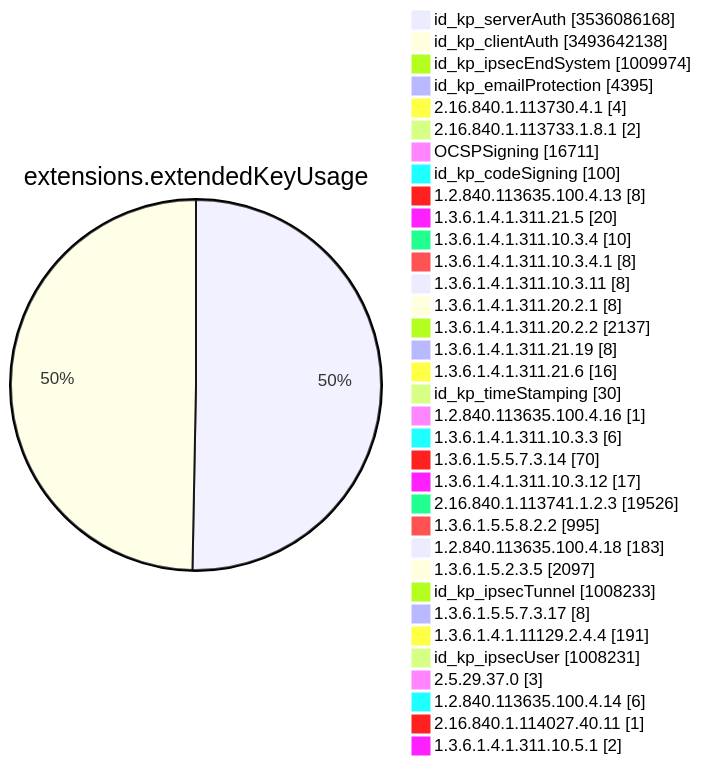
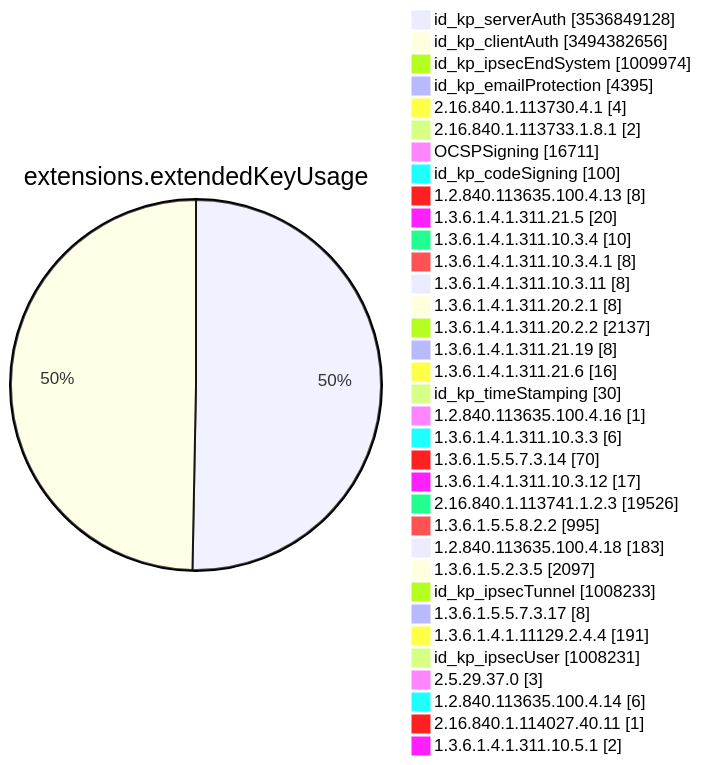
Diagram 11 of 15 in TOTAL/README.md (christiankrug/ctmonitor_visualization), drawn with Mermaid before and after one commit. The commit also changed other lines of this file, not shown here.

````diff
--- a/TOTAL/README.md
+++ b/TOTAL/README.md
@@ -4127,38 +4127,38 @@
 ```mermaid
 pie showData
 title extensions.extendedKeyUsage
-"id_kp_serverAuth" :3536086168
-"id_kp_clientAuth" :3493642138
+"id_kp_serverAuth" :3536849128
+"id_kp_clientAuth" :3494382656
 "id_kp_ipsecEndSystem" :1009974
 "id_kp_emailProtection" :4395
 "2.16.840.1.113730.4.1" :4
 "2.16.840.1.113733.1.8.1" :2
 "OCSPSigning" :16711
 "id_kp_codeSigning" :100
 "1.2.840.113635.100.4.13" :8
 "1.3.6.1.4.1.311.21.5" :20
 "1.3.6.1.4.1.311.10.3.4" :10
 "1.3.6.1.4.1.311.10.3.4.1" :8
 "1.3.6.1.4.1.311.10.3.11" :8
 "1.3.6.1.4.1.311.20.2.1" :8
 "1.3.6.1.4.1.311.20.2.2" :2137
 "1.3.6.1.4.1.311.21.19" :8
 "1.3.6.1.4.1.311.21.6" :16
 "id_kp_timeStamping" :30
 "1.2.840.113635.100.4.16" :1
 "1.3.6.1.4.1.311.10.3.3" :6
 "1.3.6.1.5.5.7.3.14" :70
 "1.3.6.1.4.1.311.10.3.12" :17
 "2.16.840.1.113741.1.2.3" :19526
 "1.3.6.1.5.5.8.2.2" :995
 "1.2.840.113635.100.4.18" :183
 "1.3.6.1.5.2.3.5" :2097
 "id_kp_ipsecTunnel" :1008233
 "1.3.6.1.5.5.7.3.17" :8
 "1.3.6.1.4.1.11129.2.4.4" :191
 "id_kp_ipsecUser" :1008231
 "2.5.29.37.0" :3
 "1.2.840.113635.100.4.14" :6
 "2.16.840.1.114027.40.11" :1
 "1.3.6.1.4.1.311.10.5.1" :2
 ```
````
